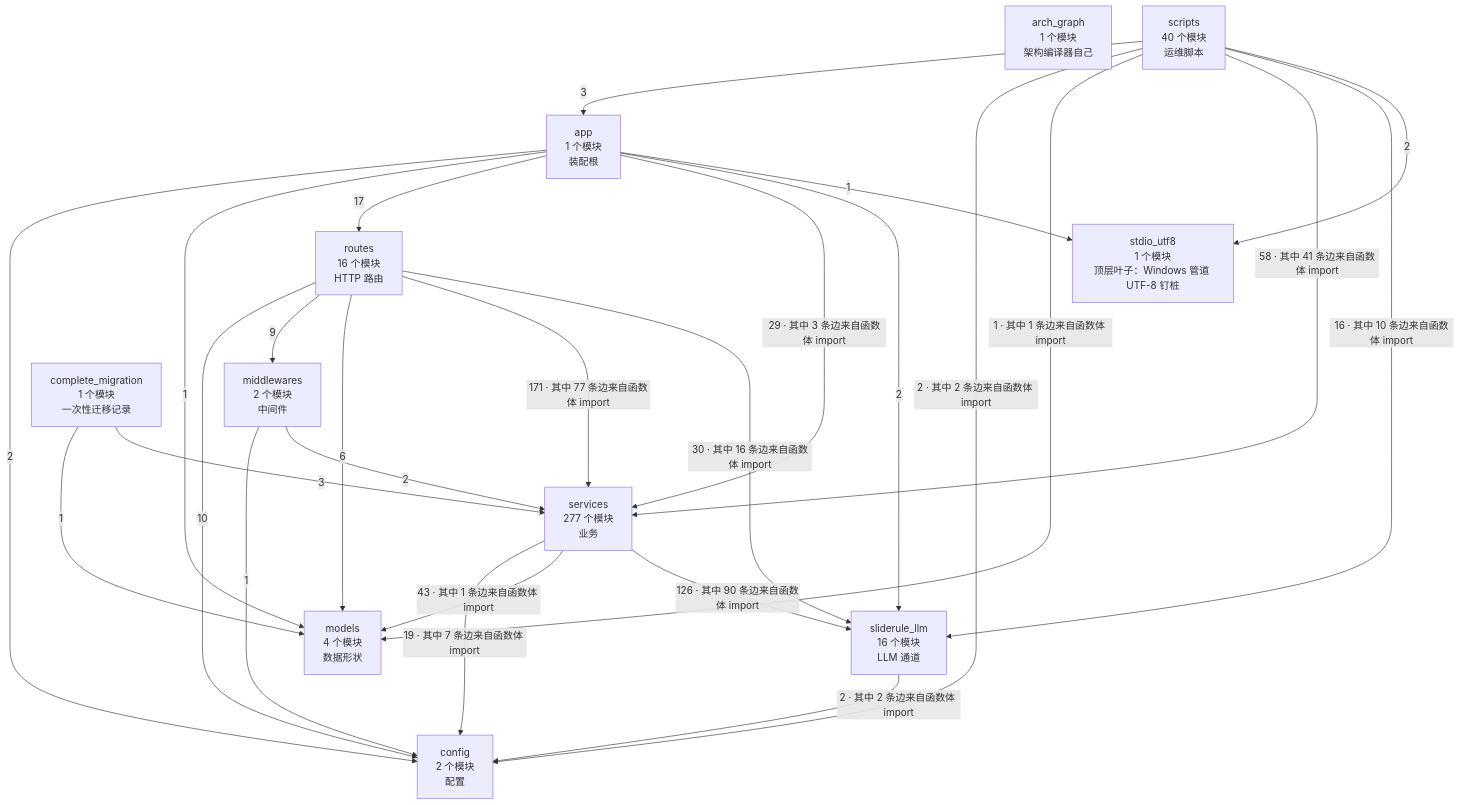
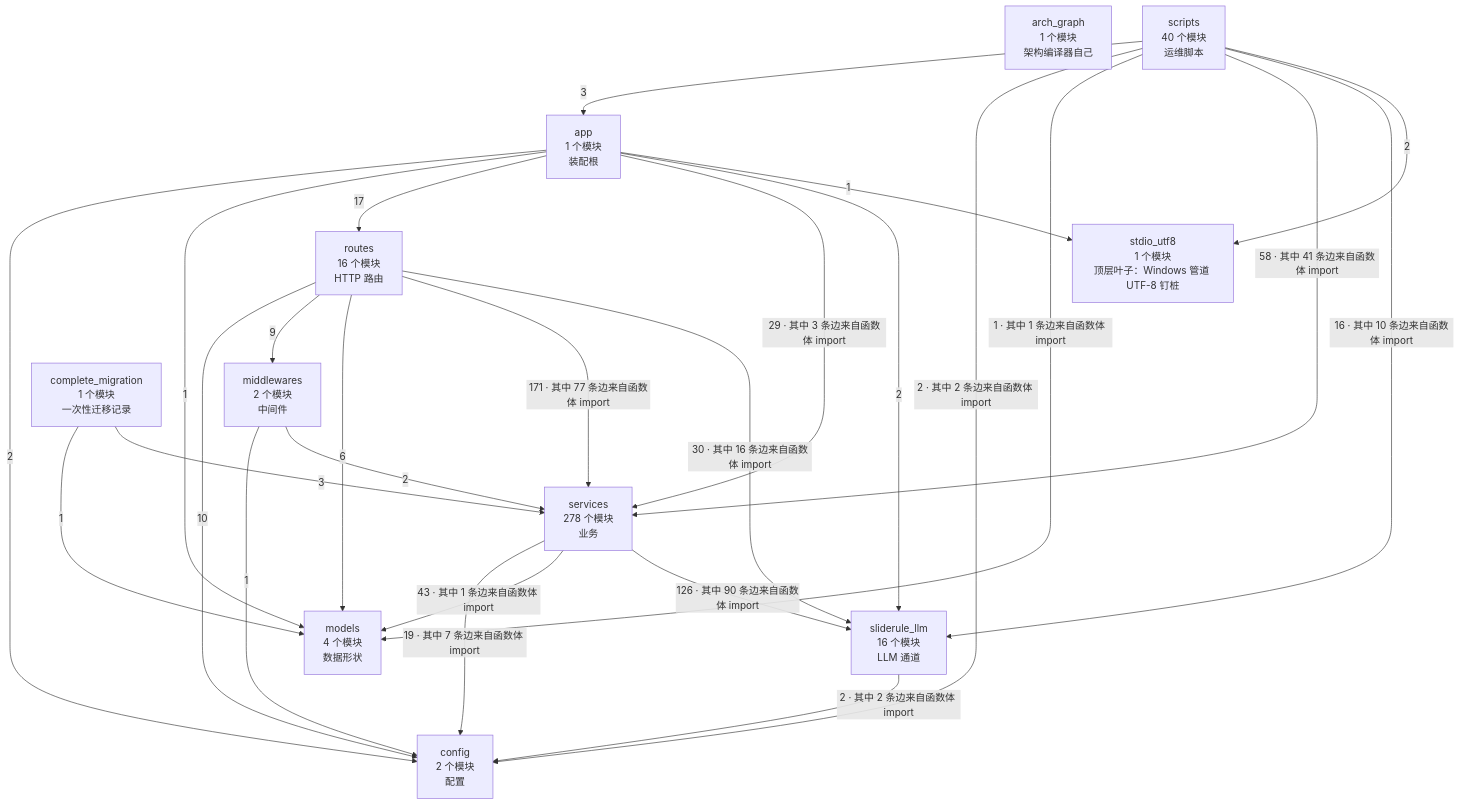
One commit to 2686521696/WhyBuddy changed the second of 4 diagrams in docs/SlideRule V6.2 架构图（自动生成）.md. Above: the diagram before and after it, drawn with Mermaid. The commit also changed other lines of this file and 10 other files, not shown here.

````diff
--- a/docs/SlideRule V6.2 架构图（自动生成）.md
+++ b/docs/SlideRule V6.2 架构图（自动生成）.md
@@ -62,39 +62,39 @@
 ```mermaid
 flowchart TB
   arch_graph["arch_graph<br/>1 个模块<br/>架构编译器自己"]
   config["config<br/>2 个模块<br/>配置"]
   models["models<br/>4 个模块<br/>数据形状"]
   stdio_utf8["stdio_utf8<br/>1 个模块<br/>顶层叶子：Windows 管道 UTF-8 钉桩"]
   sliderule_llm["sliderule_llm<br/>16 个模块<br/>LLM 通道"]
   middlewares["middlewares<br/>2 个模块<br/>中间件"]
-  services["services<br/>277 个模块<br/>业务"]
+  services["services<br/>278 个模块<br/>业务"]
   routes["routes<br/>16 个模块<br/>HTTP 路由"]
   app["app<br/>1 个模块<br/>装配根"]
   complete_migration["complete_migration<br/>1 个模块<br/>一次性迁移记录"]
   scripts["scripts<br/>40 个模块<br/>运维脚本"]
   app -->|2| config
   app -->|1| models
   app -->|17| routes
   app -->|29 · 其中 3 条边来自函数体 import| services
   app -->|2| sliderule_llm
   app -->|1| stdio_utf8
   complete_migration -->|1| models
   complete_migration -->|3| services
   middlewares -->|1| config
   middlewares -->|2| services
   routes -->|10| config
   routes -->|9| middlewares
   routes -->|6| models
   routes -->|171 · 其中 77 条边来自函数体 import| services
   routes -->|30 · 其中 16 条边来自函数体 import| sliderule_llm
   scripts -->|3| app
   scripts -->|2 · 其中 2 条边来自函数体 import| config
   scripts -->|1 · 其中 1 条边来自函数体 import| models
   scripts -->|58 · 其中 41 条边来自函数体 import| services
   scripts -->|16 · 其中 10 条边来自函数体 import| sliderule_llm
   scripts -->|2| stdio_utf8
   services -->|19 · 其中 7 条边来自函数体 import| config
   services -->|43 · 其中 1 条边来自函数体 import| models
   services -->|126 · 其中 90 条边来自函数体 import| sliderule_llm
   sliderule_llm -->|2 · 其中 2 条边来自函数体 import| config
 ```
````
